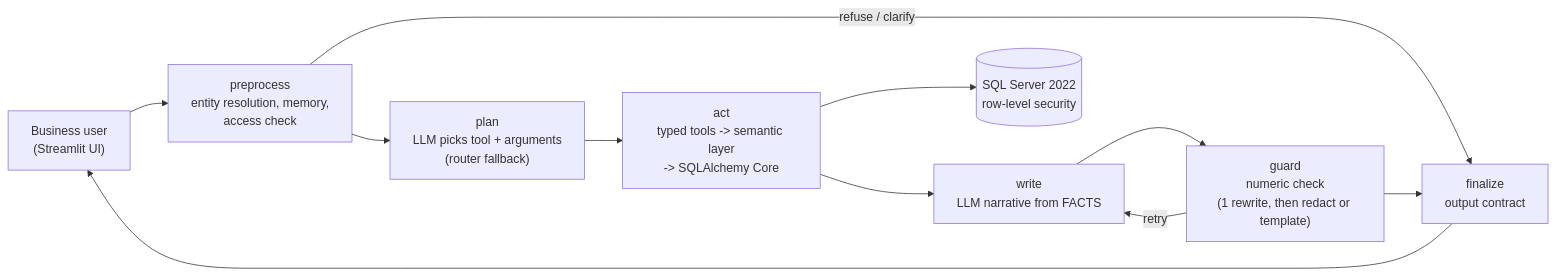
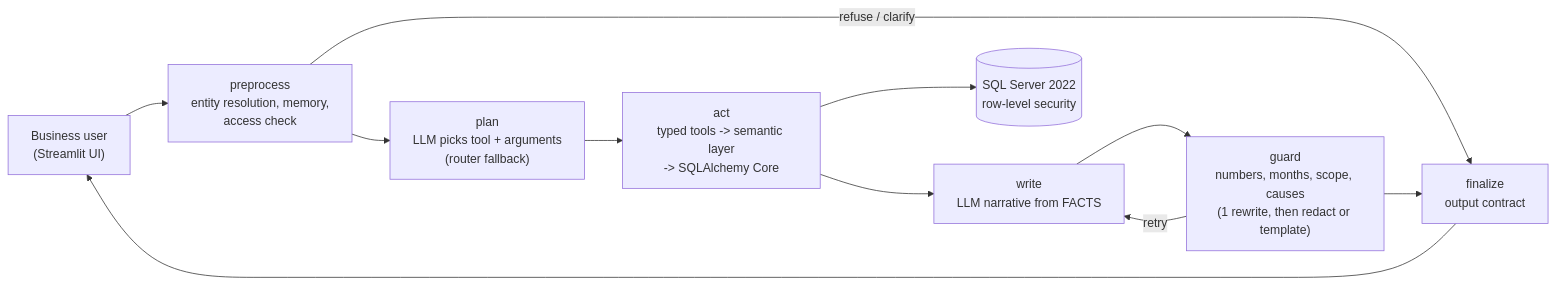
The first of 2 diagrams in docs/architecture.md (ankdeshm/rl-finbot), drawn with Mermaid before and after one commit. The commit also changed other lines of this file and 26 other files, not shown here.

````diff
--- a/docs/architecture.md
+++ b/docs/architecture.md
@@ -5,13 +5,13 @@
 ```mermaid
 flowchart LR
     U["Business user<br/>(Streamlit UI)"] --> P["preprocess<br/>entity resolution, memory,<br/>access check"]
     P -->|refuse / clarify| F["finalize<br/>output contract"]
     P --> PL["plan<br/>LLM picks tool + arguments<br/>(router fallback)"]
     PL --> A["act<br/>typed tools -> semantic layer<br/>-> SQLAlchemy Core"]
     A --> DB[("SQL Server 2022<br/>row-level security")]
     A --> W["write<br/>LLM narrative from FACTS"]
-    W --> G["guard<br/>numeric check<br/>(1 rewrite, then redact or template)"]
+    W --> G["guard<br/>numbers, months, scope, causes<br/>(1 rewrite, then redact or template)"]
     G -->|retry| W
     G --> F
     F --> U
 ```
````
